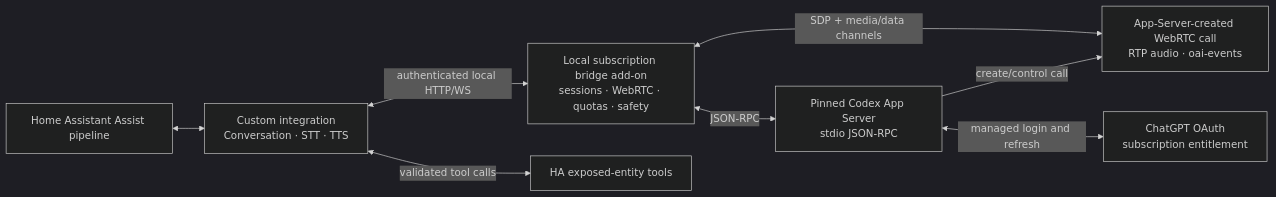
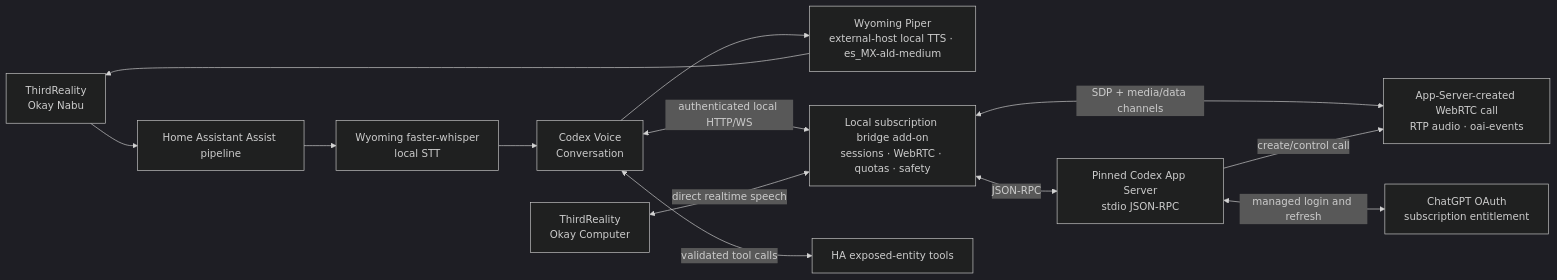
Before and after one commit to AurelioB/ha-codex-voice: the diagram in home-assistant-chatgpt-subscription-voice-plan.md, drawn with Mermaid (dark theme). The commit also changed other lines of this file and 17 other files, not shown here.

Commit message:
feat(tts): add optimized local Piper path

````diff
--- a/home-assistant-chatgpt-subscription-voice-plan.md
+++ b/home-assistant-chatgpt-subscription-voice-plan.md
@@ -45,18 +48,23 @@
 ```mermaid
 flowchart LR
+    N["ThirdReality<br/>Okay Nabu"]
     P["Home Assistant Assist pipeline"]
-    I["Custom integration<br/>Conversation · STT · TTS"]
+    S["Wyoming faster-whisper<br/>local STT"]
+    I["Codex Voice<br/>Conversation"]
+    Y["Wyoming Piper<br/>external-host local TTS · es_MX-ald-medium"]
+    D["ThirdReality<br/>Okay Computer"]
     B["Local subscription bridge add-on<br/>sessions · WebRTC · quotas · safety"]
     C["Pinned Codex App Server<br/>stdio JSON-RPC"]
     W["App-Server-created WebRTC call<br/>RTP audio · oai-events"]
     O["ChatGPT OAuth<br/>subscription entitlement"]
     T["HA exposed-entity tools"]
 
-    P <--> I
+    N --> P --> S --> I --> Y --> N
     I <-->|"authenticated local HTTP/WS"| B
+    D <-->|"direct realtime speech"| B
     B <-->|"JSON-RPC"| C
     B <-->|"SDP + media/data channels"| W
     C -->|"create/control call"| W
     C <-->|"managed login and refresh"| O
     I <-->|"validated tool calls"| T
 ```
````
